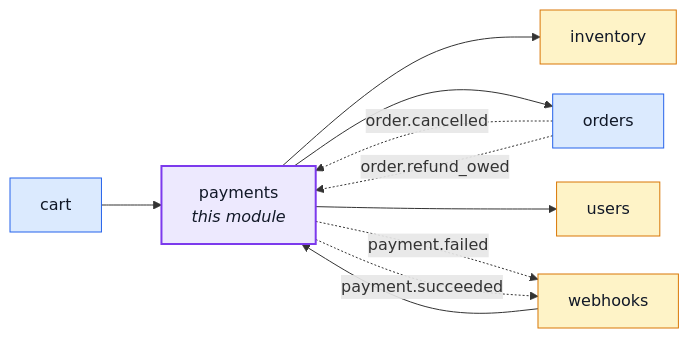
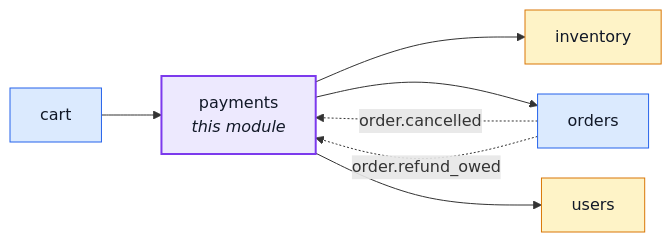
Before and after one commit to Guebbit/boilerplate-node-backend: the first of 6 diagrams in docs/modules/payments.md, drawn with Mermaid. The commit also changed 4 other files, not shown here.

````diff
--- a/docs/modules/payments.md
+++ b/docs/modules/payments.md
@@ -16,28 +16,24 @@
 ```mermaid
 %%{init: {'flowchart': {'nodeSpacing': 30, 'rankSpacing': 60}}}%%
 flowchart LR
     payments["payments<br/><i>this module</i>"]
     cart["cart"]
     inventory["inventory"]
     orders["orders"]
     users["users"]
-    webhooks["webhooks"]
 
     cart --> payments
-    webhooks --> payments
     payments --> inventory
     payments --> orders
     payments --> users
     orders -. "order.cancelled" .-> payments
     orders -. "order.refund_owed" .-> payments
-    payments -. "payment.failed" .-> webhooks
-    payments -. "payment.succeeded" .-> webhooks
 
     classDef core fill:#dbeafe,stroke:#2563eb,color:#111827;
     classDef supporting fill:#fef3c7,stroke:#d97706,color:#111827;
     classDef generic fill:#dcfce7,stroke:#16a34a,color:#111827;
     classDef centre fill:#ede9fe,stroke:#7c3aed,stroke-width:2px,color:#111827;
     class cart,orders core;
-    class inventory,users,webhooks supporting;
+    class inventory,users supporting;
     class payments centre;
 ```
````
